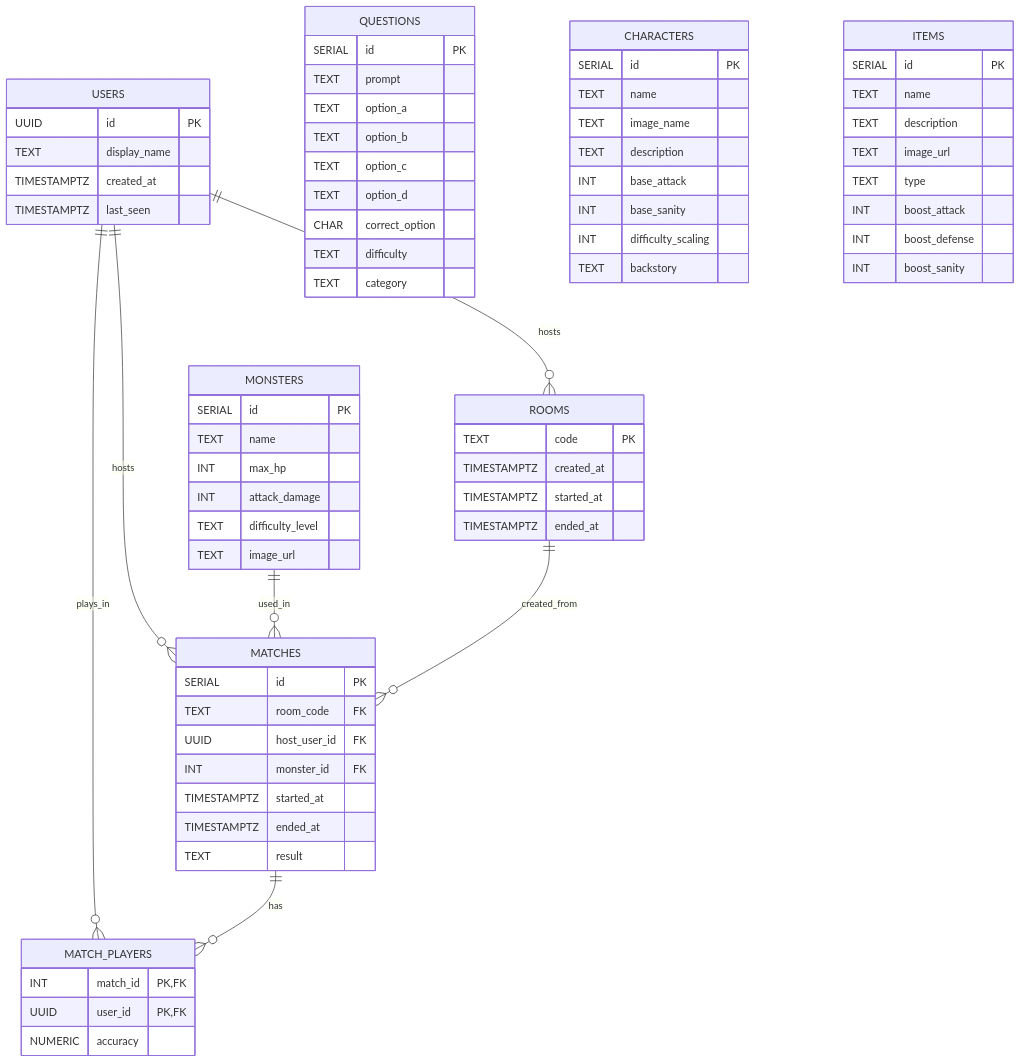
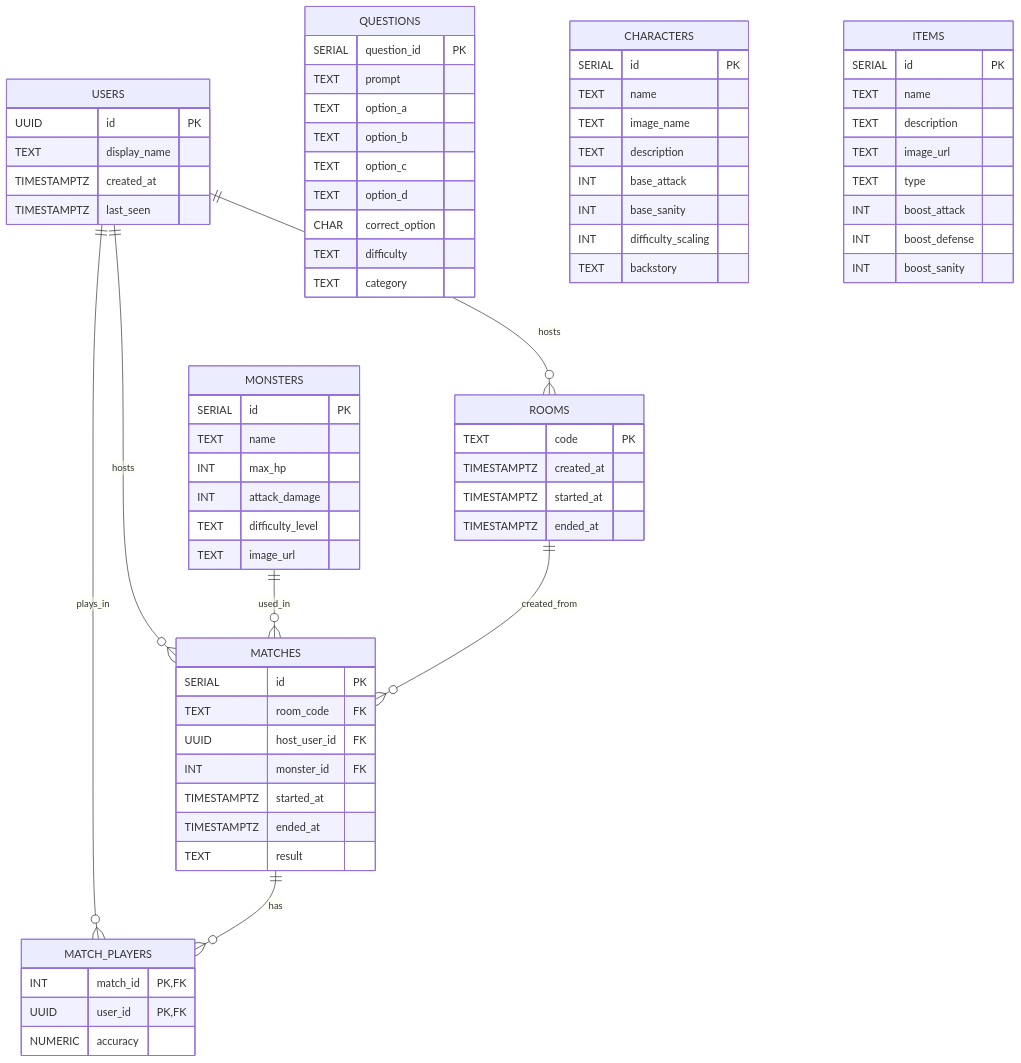
Before and after one commit to vertigo1919/eldritch-backend: the diagram in docs/planning/backend-draft.md, drawn with Mermaid.

Commit message:
Rename primary key from 'id' to 'question_id'

```diff
--- a/docs/planning/backend-draft.md
+++ b/docs/planning/backend-draft.md
@@ -12,7 +12,7 @@
   }
 
   QUESTIONS {
-    SERIAL id PK
+    SERIAL question_id PK
     TEXT prompt
     TEXT option_a
     TEXT option_b
```
